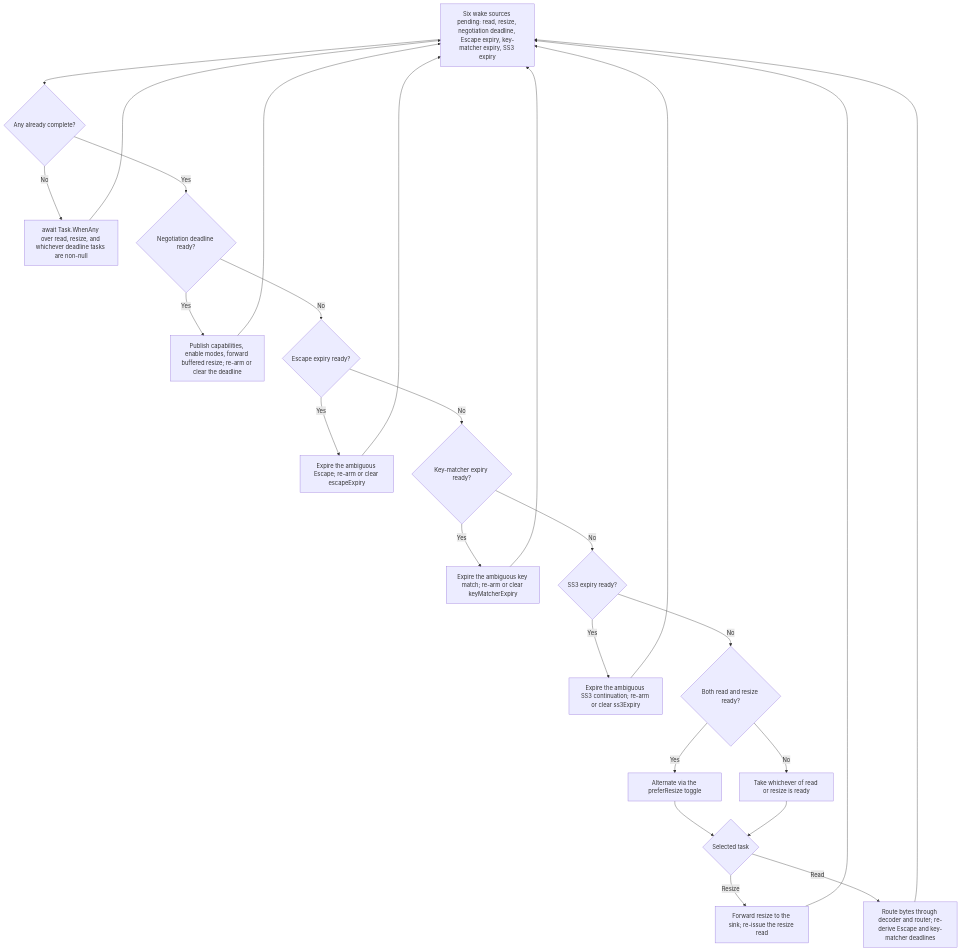
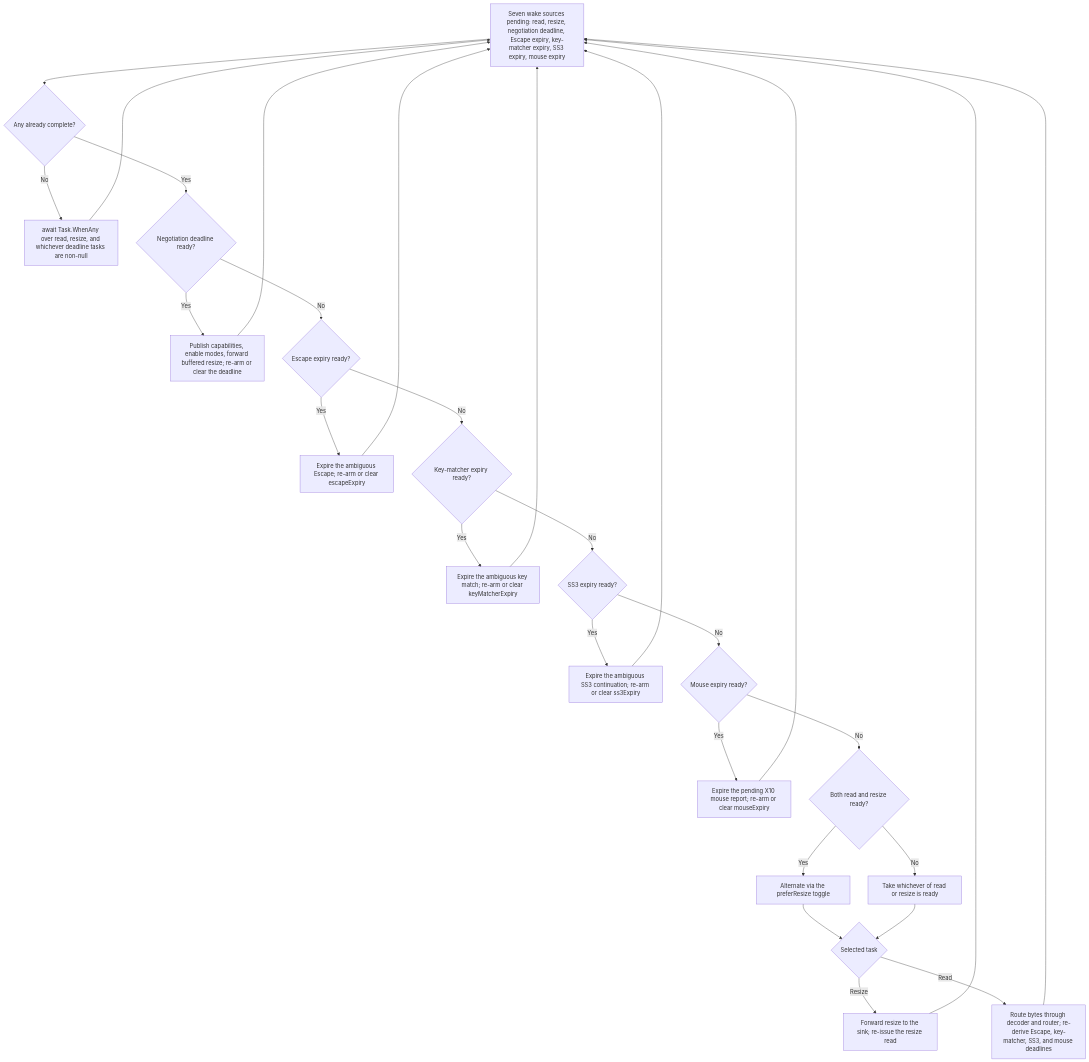
One commit to pavkam/sharp-vision changed the sixth of 7 diagrams in docs/architecture/runtime-event-loop.md. Above: the diagram before and after it, drawn with Mermaid. The commit also changed other lines of this file, not shown here.

First line of the commit message:
docs(runtime): add the mouse-expiry wake source to the read-loop diagram

````diff
--- a/docs/architecture/runtime-event-loop.md
+++ b/docs/architecture/runtime-event-loop.md
@@ -395,27 +396,30 @@
 ```mermaid
 flowchart TD
-    Pending["Six wake sources pending: read, resize, negotiation deadline, Escape expiry, key-matcher expiry, SS3 expiry"] --> Ready{"Any already complete?"}
+    Pending["Seven wake sources pending: read, resize, negotiation deadline, Escape expiry, key-matcher expiry, SS3 expiry, mouse expiry"] --> Ready{"Any already complete?"}
     Ready -->|No| WhenAny["await Task.WhenAny over read, resize, and whichever deadline tasks are non-null"]
     WhenAny --> Pending
     Ready -->|Yes| Deadline{"Negotiation deadline ready?"}
     Deadline -->|Yes| DeadlineAction["Publish capabilities, enable modes, forward buffered resize; re-arm or clear the deadline"]
     Deadline -->|No| Escape{"Escape expiry ready?"}
     Escape -->|Yes| EscapeAction["Expire the ambiguous Escape; re-arm or clear escapeExpiry"]
     Escape -->|No| KeyMatcher{"Key-matcher expiry ready?"}
     KeyMatcher -->|Yes| KeyMatcherAction["Expire the ambiguous key match; re-arm or clear keyMatcherExpiry"]
     KeyMatcher -->|No| Ss3{"SS3 expiry ready?"}
     Ss3 -->|Yes| Ss3Action["Expire the ambiguous SS3 continuation; re-arm or clear ss3Expiry"]
-    Ss3 -->|No| Both{"Both read and resize ready?"}
+    Ss3 -->|No| Mouse{"Mouse expiry ready?"}
+    Mouse -->|Yes| MouseAction["Expire the pending X10 mouse report; re-arm or clear mouseExpiry"]
+    Mouse -->|No| Both{"Both read and resize ready?"}
     Both -->|Yes| Alternate["Alternate via the preferResize toggle"]
     Both -->|No| Single["Take whichever of read or resize is ready"]
     Alternate --> Selected{"Selected task"}
     Single --> Selected
     Selected -->|Resize| ResizeAction["Forward resize to the sink; re-issue the resize read"]
-    Selected -->|Read| ReadAction["Route bytes through decoder and router; re-derive Escape and key-matcher deadlines"]
+    Selected -->|Read| ReadAction["Route bytes through decoder and router; re-derive Escape, key-matcher, SS3, and mouse deadlines"]
     DeadlineAction --> Pending
     EscapeAction --> Pending
     KeyMatcherAction --> Pending
     Ss3Action --> Pending
+    MouseAction --> Pending
     ResizeAction --> Pending
     ReadAction --> Pending
 ```
````
